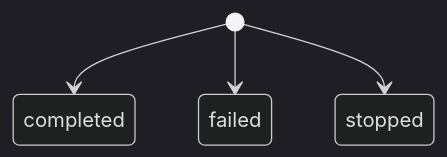
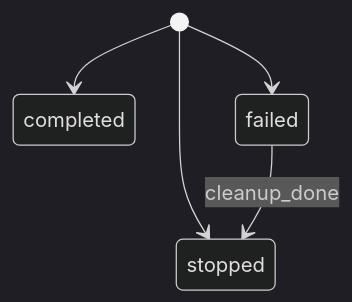
The diagram in docs/fsm-diagrams/watcher-pipeline-v2/TERMINAL.mermaid (sheikkinen/yamlgraph), drawn with Mermaid (dark theme) before and after one commit. The commit also changed 8 other files, not shown here.

```diff
--- a/docs/fsm-diagrams/watcher-pipeline-v2/TERMINAL.mermaid
+++ b/docs/fsm-diagrams/watcher-pipeline-v2/TERMINAL.mermaid
@@ -1,13 +1,14 @@
 stateDiagram-v2
     %% Detailed view of TERMINAL
 
     [*] --> completed
     [*] --> failed
     [*] --> stopped
 
     %% Internal transitions
+    failed --> stopped : cleanup_done
 
     %% External composites
     state OPERATIONAL
 
     %% Transitions to other composites
```
